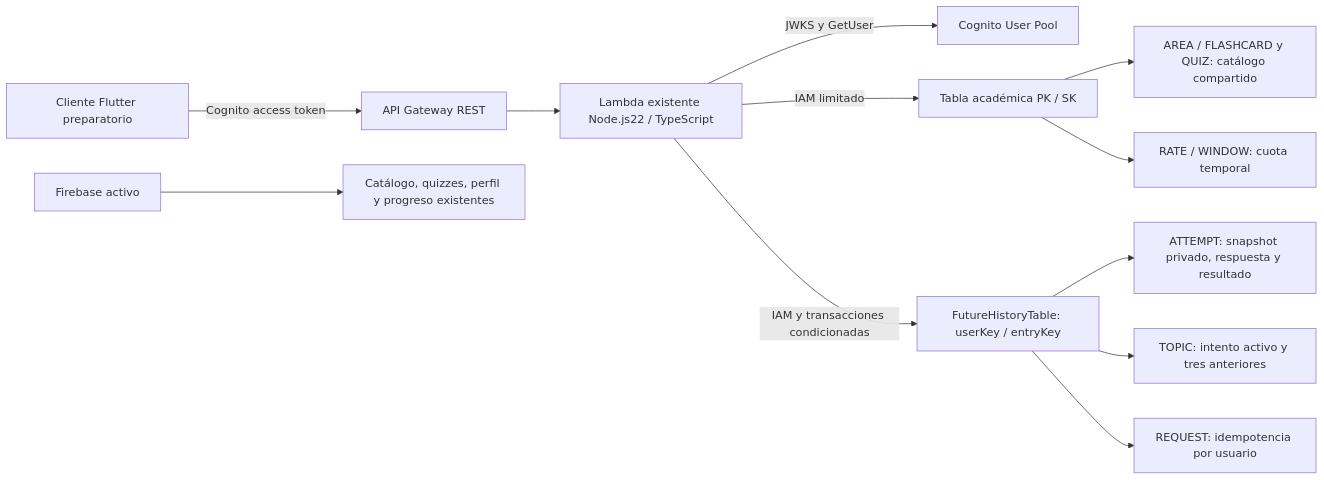
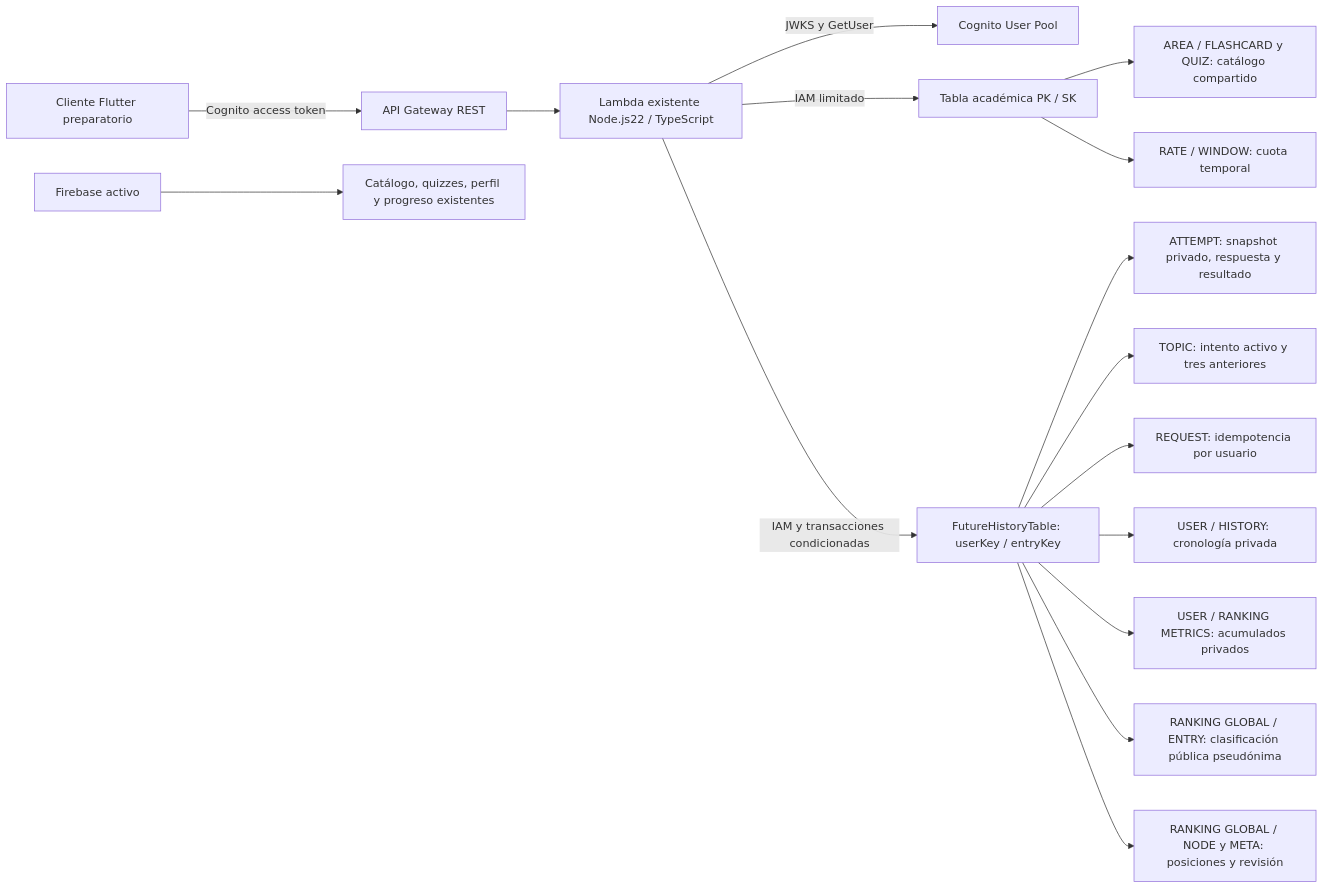
One commit to bryanapazaquispev5-droid/synapse-health changed the diagram in docs/AWS_PARTE_3_DYNAMODB_CRUD.md. Above: the diagram before and after it, drawn with Mermaid. The commit also changed other lines of this file and 2 other files, not shown here.

Commit message:
docs(aws): document history retention and ranking projection

````diff
--- a/docs/AWS_PARTE_3_DYNAMODB_CRUD.md
+++ b/docs/AWS_PARTE_3_DYNAMODB_CRUD.md
@@ -38,14 +38,18 @@
 ```mermaid
 flowchart LR
   Flutter[Cliente Flutter preparatorio] -->|Cognito access token| Gateway[API Gateway REST]
   Gateway --> Lambda[Lambda existente Node.js22 / TypeScript]
   Lambda -->|JWKS y GetUser| Cognito[Cognito User Pool]
   Lambda -->|IAM limitado| Content[Tabla académica PK / SK]
   Content --> Cards[AREA / FLASHCARD y QUIZ: catálogo compartido]
   Content --> Quota[RATE / WINDOW: cuota temporal]
   Lambda -->|IAM y transacciones condicionadas| Private[FutureHistoryTable: userKey / entryKey]
   Private --> Evidence[ATTEMPT: snapshot privado, respuesta y resultado]
   Private --> Canonical[TOPIC: intento activo y tres anteriores]
   Private --> Dedup[REQUEST: idempotencia por usuario]
+  Private --> History[USER / HISTORY: cronología privada]
+  Private --> Metrics[USER / RANKING METRICS: acumulados privados]
+  Private --> Rank[RANKING GLOBAL / ENTRY: clasificación pública pseudónima]
+  Private --> Counts[RANKING GLOBAL / NODE y META: posiciones y revisión]
   Firebase[Firebase activo] --> Existing[Catálogo, quizzes, perfil y progreso existentes]
 ```
````
